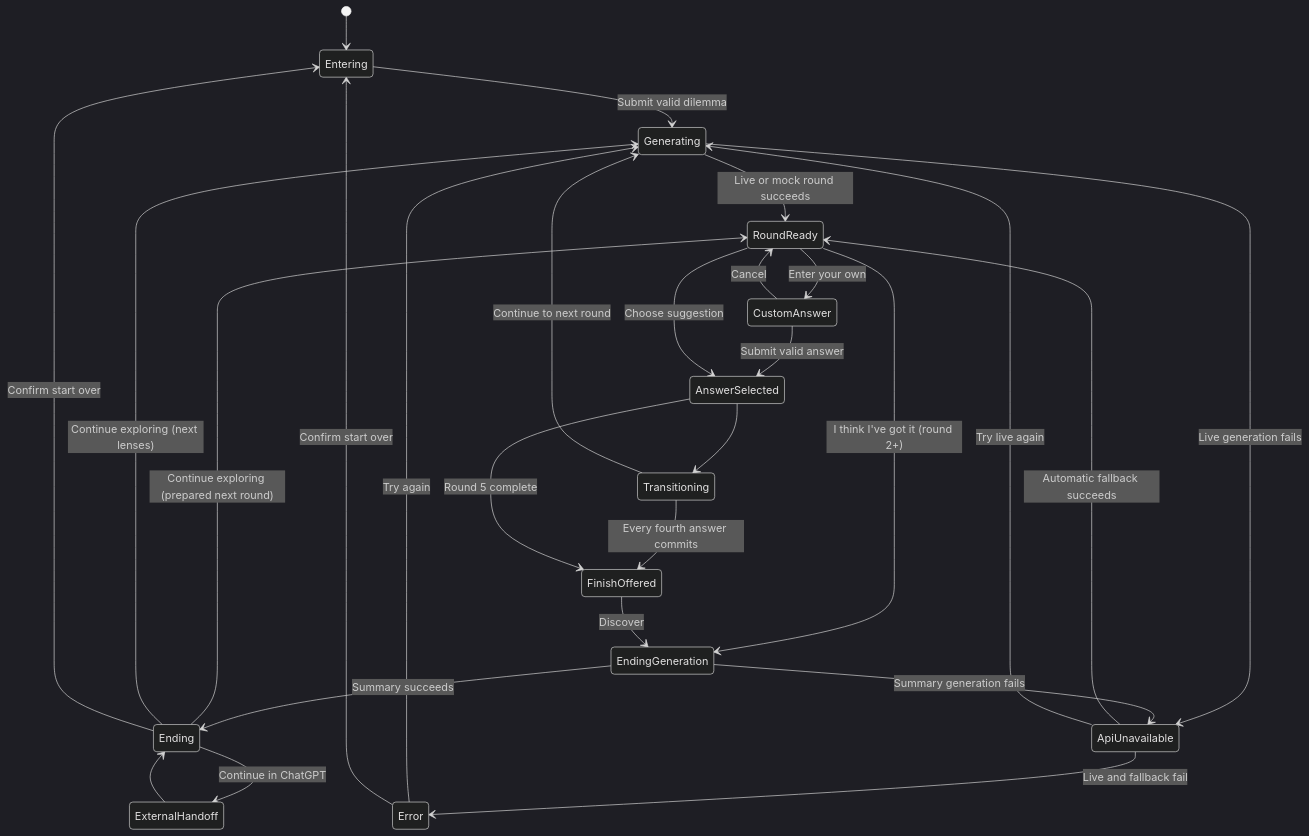
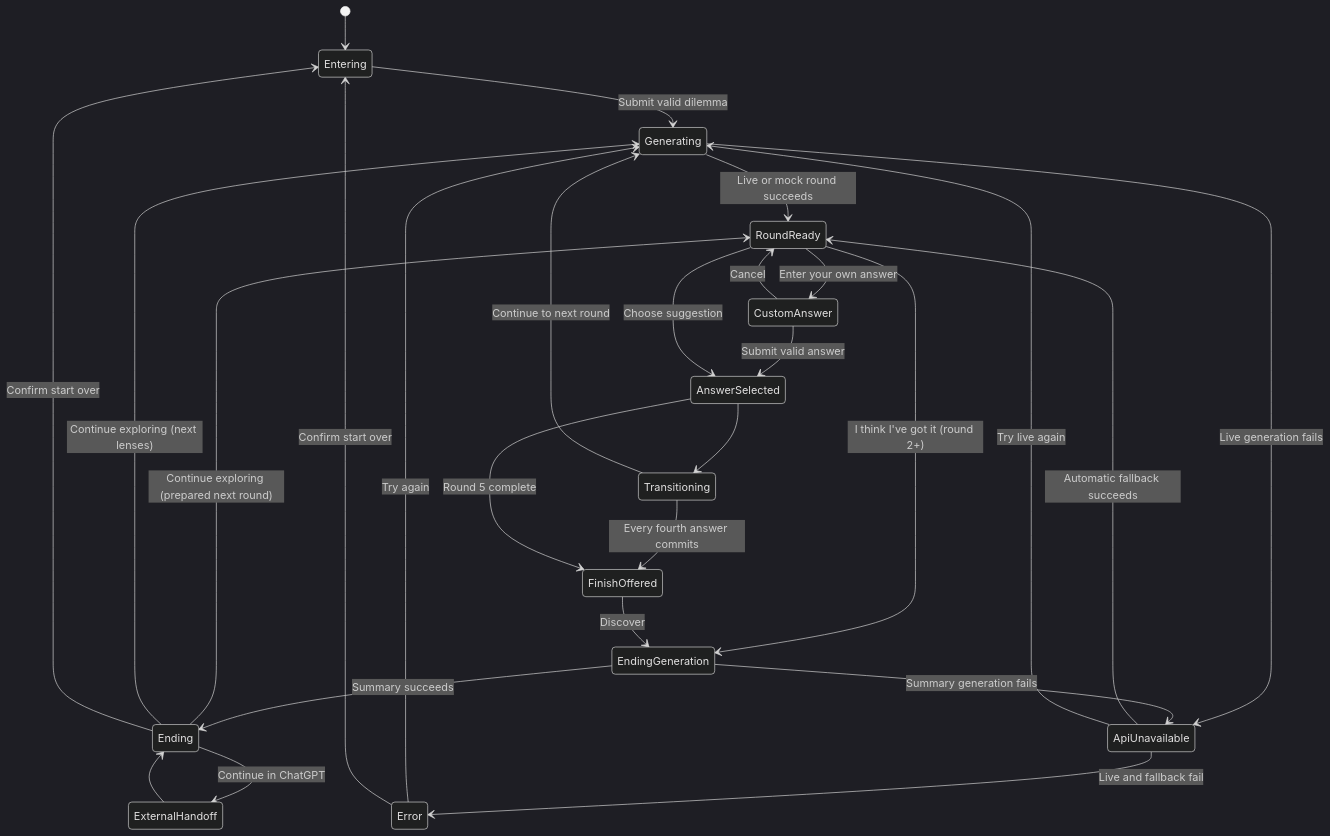
Before and after one commit to jotaefejota/hmm: the diagram in docs/02-experience-design.md, drawn with Mermaid (dark theme). The commit also changed other lines of this file and 5 other files, not shown here.

````diff
--- a/docs/02-experience-design.md
+++ b/docs/02-experience-design.md
@@ -249,35 +249,35 @@
 ```mermaid
 stateDiagram-v2
     [*] --> Entering
     Entering --> Generating: Submit valid dilemma
 
     Generating --> RoundReady: Live or mock round succeeds
     Generating --> ApiUnavailable: Live generation fails
     ApiUnavailable --> RoundReady: Automatic fallback succeeds
     ApiUnavailable --> Generating: Try live again
     ApiUnavailable --> Error: Live and fallback fail
 
-    RoundReady --> CustomAnswer: Enter your own
+    RoundReady --> CustomAnswer: Enter your own answer
     CustomAnswer --> RoundReady: Cancel
     CustomAnswer --> AnswerSelected: Submit valid answer
     RoundReady --> AnswerSelected: Choose suggestion
     RoundReady --> EndingGeneration: I think I've got it (round 2+)
 
     AnswerSelected --> Transitioning
     Transitioning --> FinishOffered: Every fourth answer commits
     AnswerSelected --> FinishOffered: Round 5 complete
     Transitioning --> Generating: Continue to next round
 
     FinishOffered --> EndingGeneration: Discover
 
     EndingGeneration --> Ending: Summary succeeds
     EndingGeneration --> ApiUnavailable: Summary generation fails
     Ending --> RoundReady: Continue exploring (prepared next round)
     Ending --> Generating: Continue exploring (next lenses)
     Ending --> Entering: Confirm start over
     Ending --> ExternalHandoff: Continue in ChatGPT
     ExternalHandoff --> Ending
 
     Error --> Generating: Try again
     Error --> Entering: Confirm start over
 ```
````
